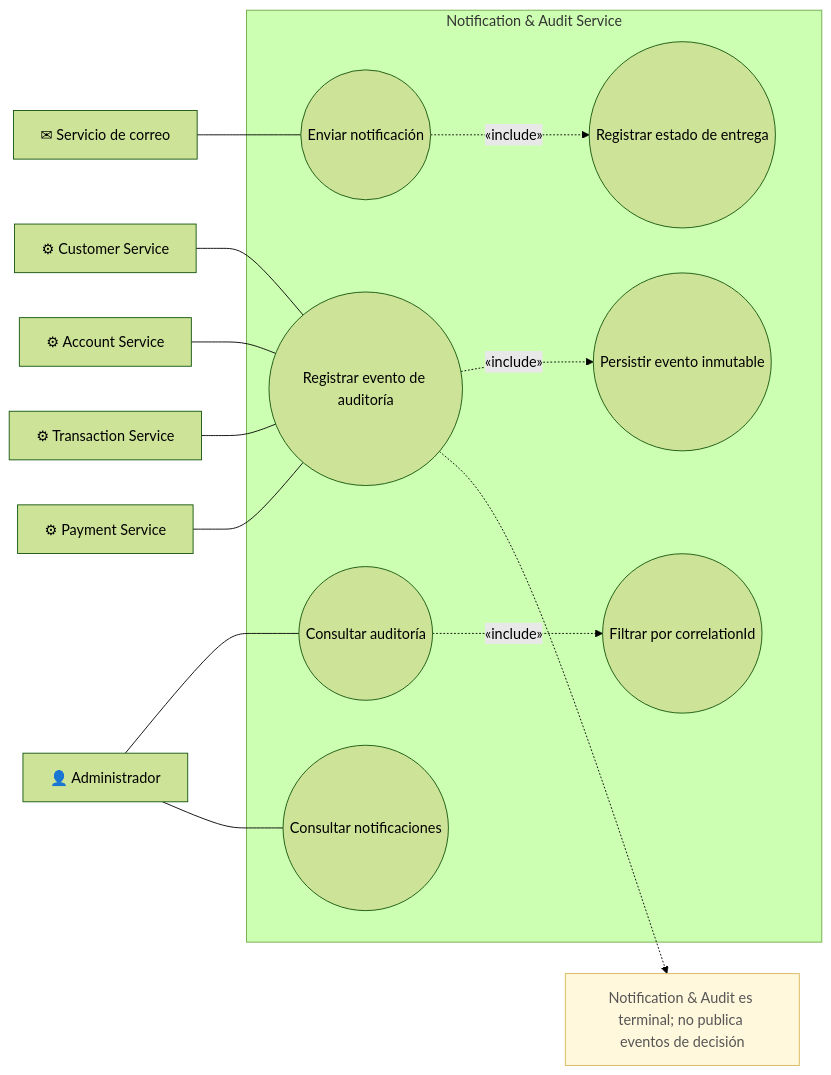
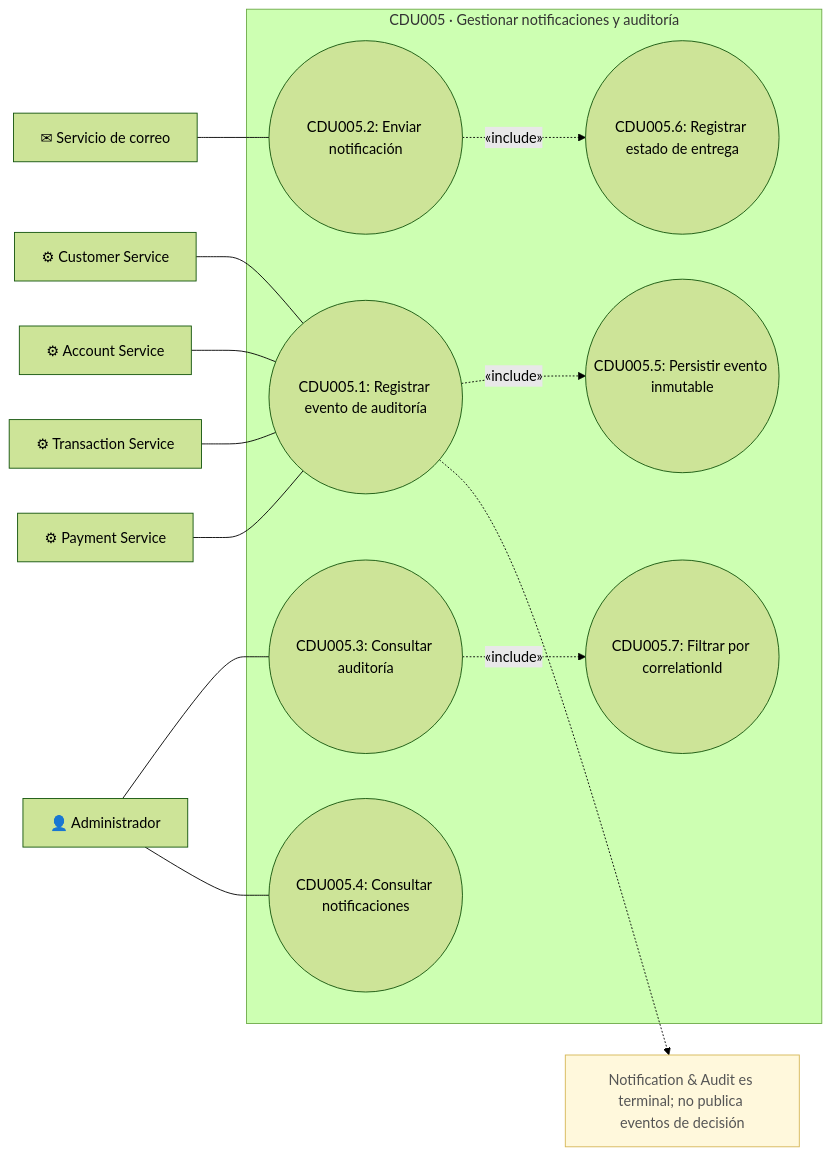
The diagram in docs/architecture/diagrams/cdu/notification-audit/notification-audit-casos-de-uso.mmd (marcosbondel/Proyecto-SA-B-2), drawn with Mermaid (forest theme) before and after one commit. The commit also changed 62 other files, not shown here.

Commit message:
Reorganize CDU diagrams by numbered use cases

```diff
--- a/docs/architecture/diagrams/cdu/notification-audit/notification-audit-casos-de-uso.mmd
+++ b/docs/architecture/diagrams/cdu/notification-audit/notification-audit-casos-de-uso.mmd
@@ -1,34 +1,34 @@
 flowchart LR
     admin["👤 Administrador"]
     customerService["⚙ Customer Service"]
     accountService["⚙ Account Service"]
     transactionService["⚙ Transaction Service"]
     paymentService["⚙ Payment Service"]
     email["✉ Servicio de correo"]
 
-    subgraph notification["Notification & Audit Service"]
-        audit(("Registrar evento de auditoría"))
-        persist(("Persistir evento inmutable"))
-        notify(("Enviar notificación"))
-        delivery(("Registrar estado de entrega"))
-        queryAudit(("Consultar auditoría"))
-        queryNotifications(("Consultar notificaciones"))
-        filterAudit(("Filtrar por correlationId"))
+    subgraph notification["CDU005 · Gestionar notificaciones y auditoría"]
+        audit(("CDU005.1: Registrar evento de auditoría"))
+        notify(("CDU005.2: Enviar notificación"))
+        queryAudit(("CDU005.3: Consultar auditoría"))
+        queryNotifications(("CDU005.4: Consultar notificaciones"))
+        persist(("CDU005.5: Persistir evento inmutable"))
+        delivery(("CDU005.6: Registrar estado de entrega"))
+        filterAudit(("CDU005.7: Filtrar por correlationId"))
     end
 
     admin --- queryAudit
     admin --- queryNotifications
     customerService --- audit
     accountService --- audit
     transactionService --- audit
     paymentService --- audit
     email --- notify
 
     audit -. "«include»" .-> persist
     notify -. "«include»" .-> delivery
 queryAudit -. "«include»" .-> filterAudit
 
     note["Notification & Audit es terminal; no publica eventos de decisión"]:::note
     audit -.-> note
 
     classDef note fill:#FFF8DC,stroke:#D6B656,color:#555555;
```
